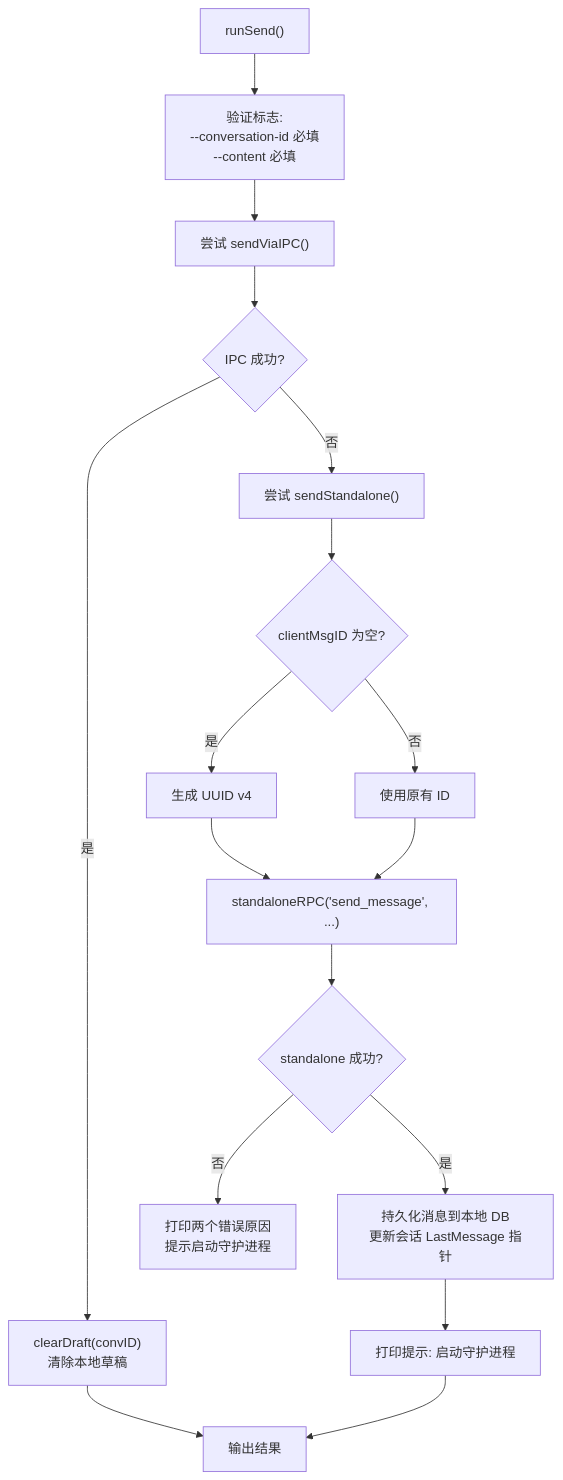
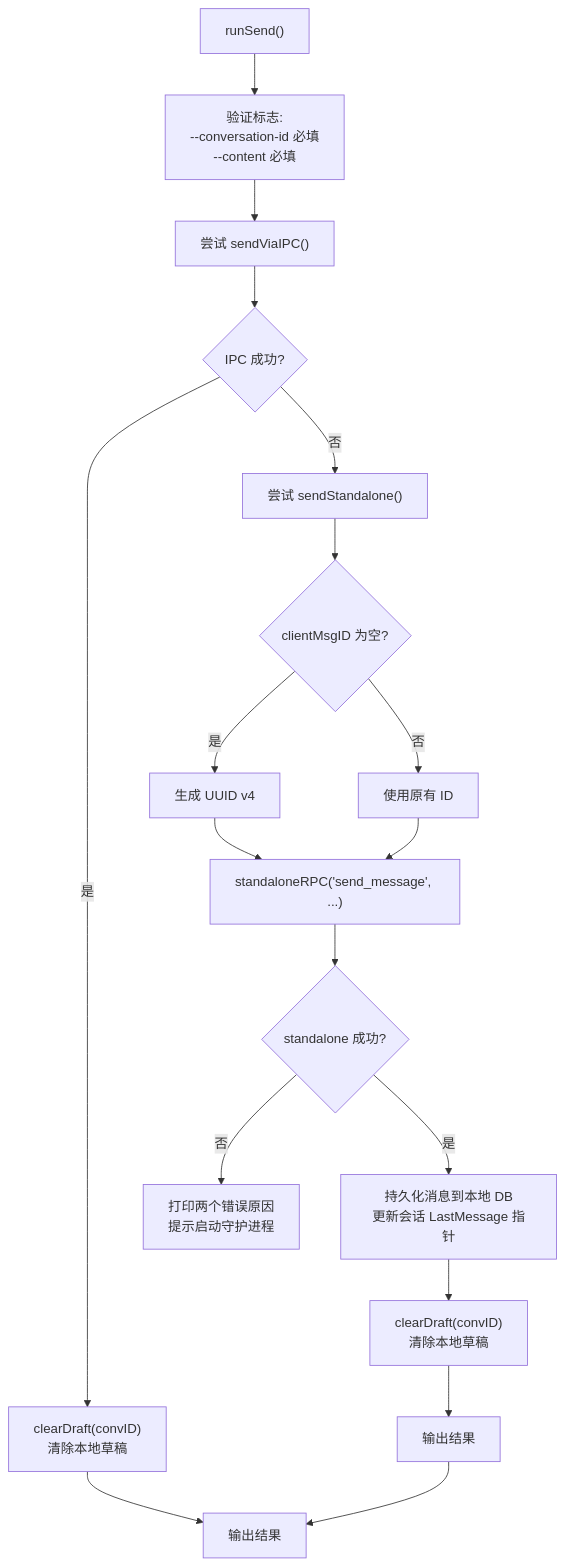
The fourth of 16 diagrams in wiki/flows/cli-ipc.md (PineappleBond/xyncra-server), drawn with Mermaid before and after one commit. The commit also changed other lines of this file and 21 other files, not shown here.

Commit message:
docs(wiki): add edge cases and fix inaccuracies across all flow documents

````diff
--- a/wiki/flows/cli-ipc.md
+++ b/wiki/flows/cli-ipc.md
@@ -224,19 +253,20 @@
 ```mermaid
 flowchart TD
     A["runSend()"] --> B["验证标志:<br>--conversation-id 必填<br>--content 必填"]
     B --> C["尝试 sendViaIPC()"]
     C --> D{"IPC 成功?"}
     D -->|是| E["clearDraft(convID)<br>清除本地草稿"]
     E --> F["输出结果"]
     D -->|否| G["尝试 sendStandalone()"]
     G --> H{"clientMsgID 为空?"}
     H -->|是| I["生成 UUID v4"]
     H -->|否| J["使用原有 ID"]
     I --> K["standaloneRPC('send_message', ...)"]
     J --> K
     K --> L{"standalone 成功?"}
     L -->|是| M["持久化消息到本地 DB<br>更新会话 LastMessage 指针"]
-    M --> N["打印提示: 启动守护进程"]
-    N --> F
+    M --> N["clearDraft(convID)<br>清除本地草稿"]
+    N --> O2["输出结果"]
+    O2 --> F
     L -->|否| O["打印两个错误原因<br>提示启动守护进程"]
 ```
````
